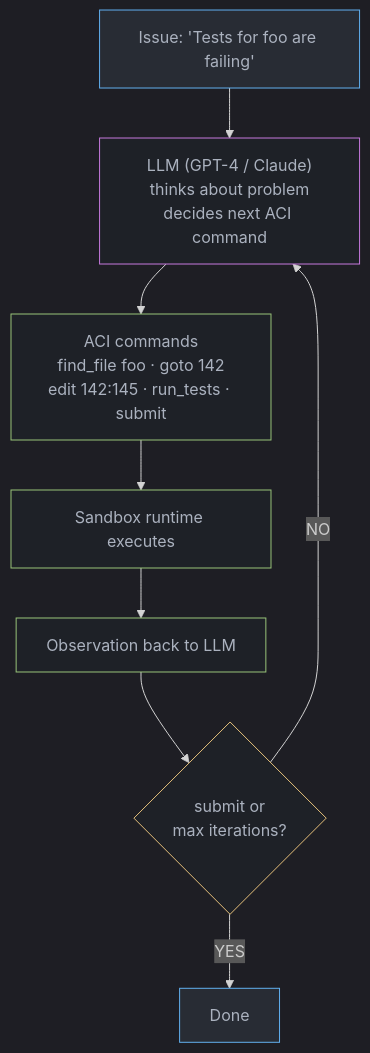
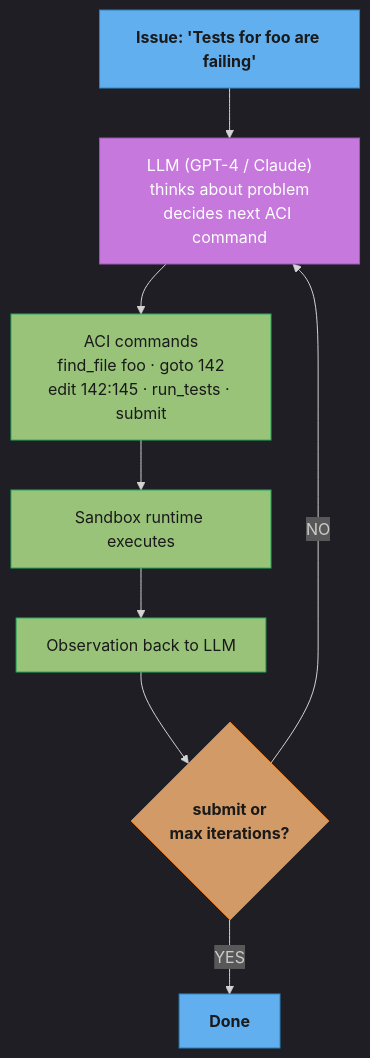
One commit to rppol/system-design changed the diagram in src/main/java/com/rutik/systemdesign/llm/coding_agents/README.md. Above: the diagram before and after it, drawn with Mermaid. The commit also changed 88 other files, not shown here.

````diff
--- a/src/main/java/com/rutik/systemdesign/llm/coding_agents/README.md
+++ b/src/main/java/com/rutik/systemdesign/llm/coding_agents/README.md
@@ -67,25 +67,28 @@
 ```mermaid
 %%{init: {'flowchart': {'curve': 'basis'}, 'theme': 'dark'}}%%
 flowchart TD
-    classDef io     fill:#282c34,stroke:#61afef,color:#abb2bf
-    classDef llm    fill:#1e2127,stroke:#c678dd,color:#abb2bf
-    classDef proc   fill:#1e2127,stroke:#98c379,color:#abb2bf
-    classDef decide fill:#1e2127,stroke:#e5c07b,color:#abb2bf
+    classDef io      fill:#61afef,stroke:#2e86c1,color:#1a1a1a,font-weight:bold
+    classDef frozen  fill:#c678dd,stroke:#9b59b6,color:#fff
+    classDef train   fill:#98c379,stroke:#27ae60,color:#1a1a1a
+    classDef mathOp  fill:#d19a66,stroke:#e67e22,color:#1a1a1a,font-weight:bold
+    classDef lossN   fill:#e06c75,stroke:#c0392b,color:#fff,font-weight:bold
+    classDef req     fill:#56b6c2,stroke:#0097a7,color:#1a1a1a
+    classDef base    fill:#e5c07b,stroke:#f39c12,color:#1a1a1a
 
     ISSUE["Issue: 'Tests for foo are failing'"]
     LLM["LLM (GPT-4 / Claude)\nthinks about problem\ndecides next ACI command"]
     ACI["ACI commands\nfind_file foo · goto 142\nedit 142:145 · run_tests · submit"]
     SBX["Sandbox runtime executes"]
     OBS["Observation back to LLM"]
     DONE{"submit or\nmax iterations?"}
     OUT["Done"]
 
     ISSUE --> LLM --> ACI --> SBX --> OBS --> DONE
     DONE -->|"NO"| LLM
     DONE -->|"YES"| OUT
 
     class ISSUE,OUT io
-    class LLM llm
-    class ACI,SBX,OBS proc
-    class DONE decide
+    class LLM frozen
+    class ACI,SBX,OBS train
+    class DONE mathOp
 ```
````
